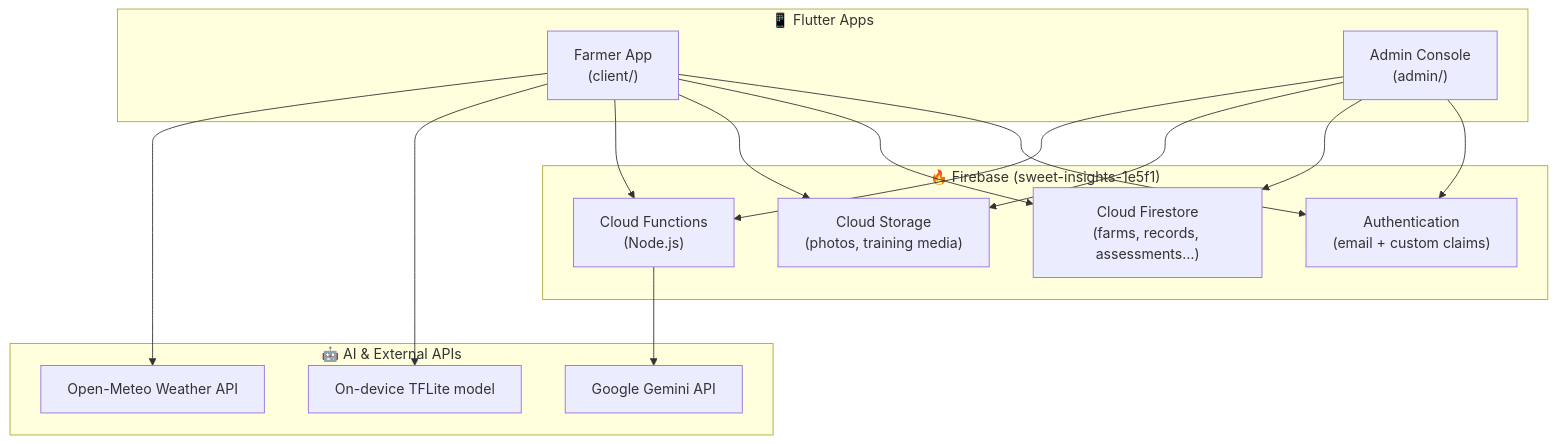
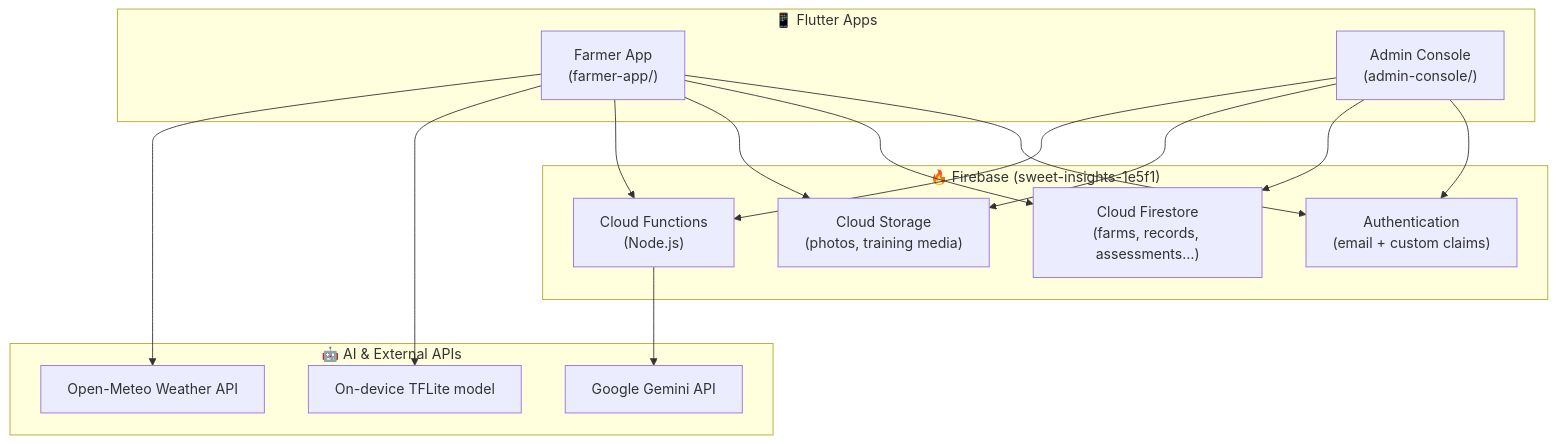
Before and after one commit to bedrockexe/MangoMind: the diagram in README.md, drawn with Mermaid. The commit also changed other lines of this file and 181 other files, not shown here.

````diff
--- a/README.md
+++ b/README.md
@@ -97,26 +97,26 @@
 ```mermaid
 flowchart TD
     subgraph Apps["📱 Flutter Apps"]
-        C["Farmer App<br/>(client/)"]
-        A["Admin Console<br/>(admin/)"]
+        C["Farmer App<br/>(farmer-app/)"]
+        A["Admin Console<br/>(admin-console/)"]
     end
 
     subgraph Firebase["🔥 Firebase (sweet-insights-1e5f1)"]
         Auth["Authentication<br/>(email + custom claims)"]
         FS["Cloud Firestore<br/>(farms, records, assessments…)"]
         ST["Cloud Storage<br/>(photos, training media)"]
         CF["Cloud Functions<br/>(Node.js)"]
     end
 
     subgraph AI["🤖 AI & External APIs"]
         TFL["On-device TFLite model"]
         GEM["Google Gemini API"]
         WX["Open-Meteo Weather API"]
     end
 
     C --> Auth & FS & ST & CF
     A --> Auth & FS & ST & CF
     C --> TFL
     C --> WX
     CF --> GEM
 ```
````
